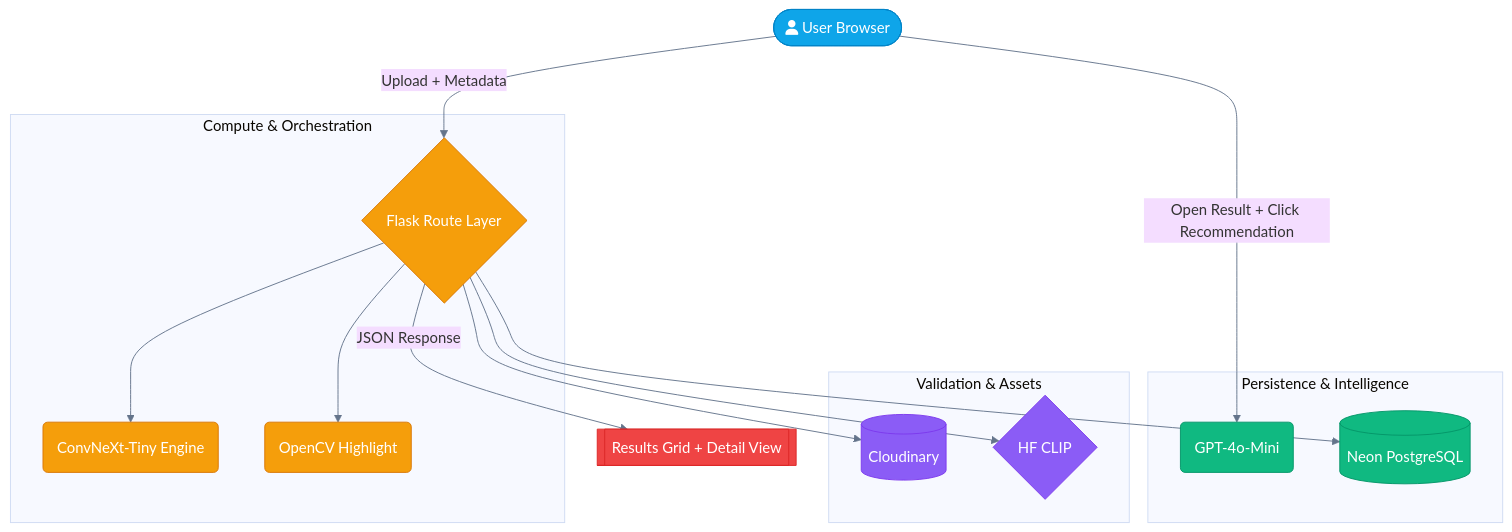
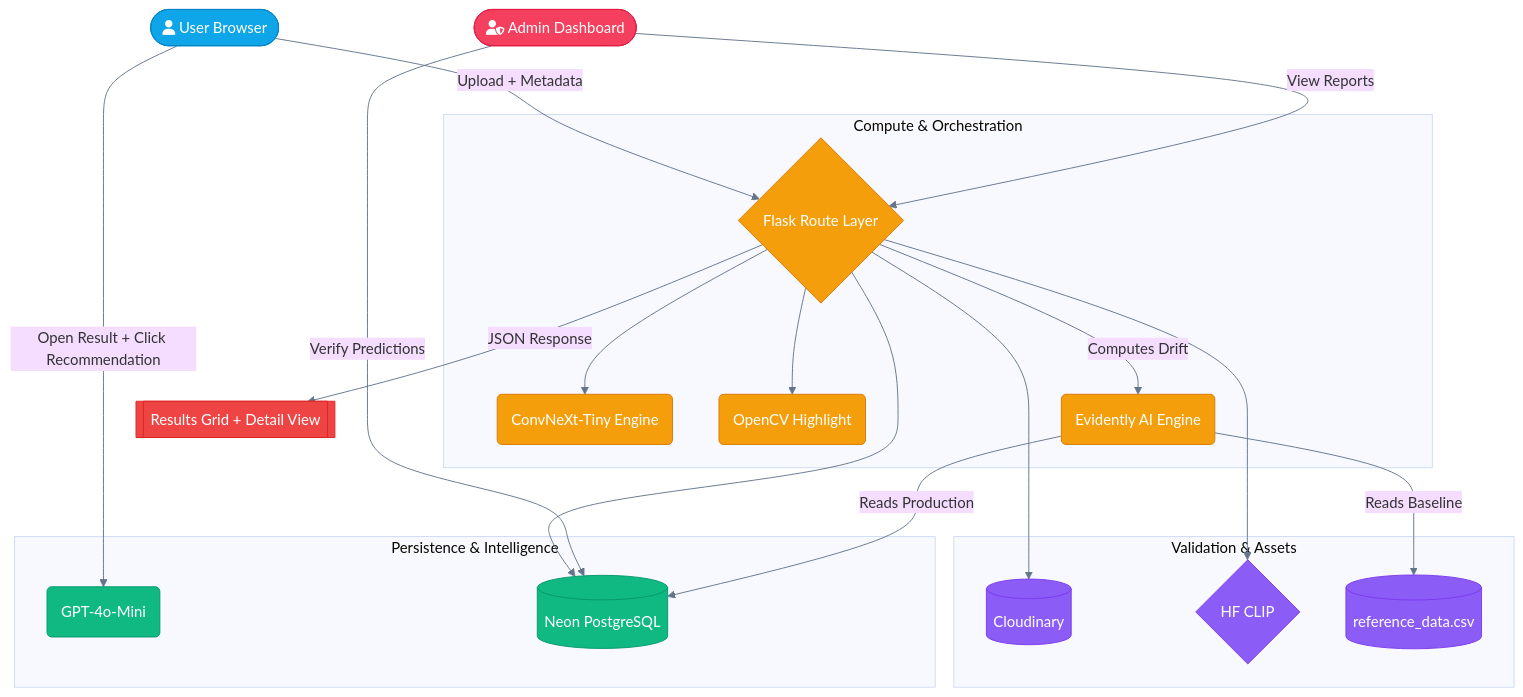
Before and after one commit to rautaditya2606/wheat_detection: the diagram in README.md, drawn with Mermaid (base theme). The commit also changed other lines of this file and 21 other files, not shown here.

````diff
--- a/README.md
+++ b/README.md
@@ -24,43 +24,53 @@
 ```mermaid
 graph TB
     %% Enhanced Style Definitions
     classDef userNode fill:#0ea5e9,stroke:#0284c7,stroke-width:1px,color:#fff,rx:10,ry:10;
+    classDef adminNode fill:#f43f5e,stroke:#e11d48,stroke-width:1px,color:#fff,rx:10,ry:10;
     classDef backendNode fill:#f59e0b,stroke:#d97706,stroke-width:1px,color:#fff,rx:5,ry:5;
     classDef storageNode fill:#8b5cf6,stroke:#7c3aed,stroke-width:1px,color:#fff,rx:5,ry:5;
     classDef intelligenceNode fill:#10b981,stroke:#059669,stroke-width:1px,color:#fff,rx:5,ry:5;
     classDef uiNode fill:#ef4444,stroke:#dc2626,stroke-width:1px,color:#fff,rx:10,ry:10;
 
     %% Nodes
     User([fa:fa-user User Browser]):::userNode
+    Admin([fa:fa-user-shield Admin Dashboard]):::adminNode
     
     subgraph "Compute & Orchestration"
         Backend{Flask Route Layer}:::backendNode
         ConvNeXt(ConvNeXt-Tiny Engine):::backendNode
         OpenCV(OpenCV Highlight):::backendNode
+        Evidently(Evidently AI Engine):::backendNode
     end
 
     subgraph "Validation & Assets"
         Cloudinary[(Cloudinary)]:::storageNode
         CLIP{HF CLIP}:::storageNode
+        RefCSV[(reference_data.csv)]:::storageNode
     end
 
     subgraph "Persistence & Intelligence"
         LLM(GPT-4o-Mini):::intelligenceNode
         NeonDB[(Neon PostgreSQL)]:::intelligenceNode
     end
 
     Response[[Results Grid + Detail View]]:::uiNode
 
     %% Styled Connections
     User ==>|Upload + Metadata| Backend
     Backend --> Cloudinary
     Backend --> CLIP
     Backend --> ConvNeXt
     Backend --> OpenCV
     Backend --> NeonDB
     User ==>|Open Result + Click Recommendation| LLM
     Backend ==>|JSON Response| Response
 
+    Admin ==>|Verify Predictions| NeonDB
+    Admin ==>|View Reports| Backend
+    Backend -->|Computes Drift| Evidently
+    Evidently -->|Reads Baseline| RefCSV
+    Evidently -->|Reads Production| NeonDB
+
     %% Global Link Styling
     linkStyle default stroke:#64748b,stroke-width:1px,transition:0.3s;
 ```
````
